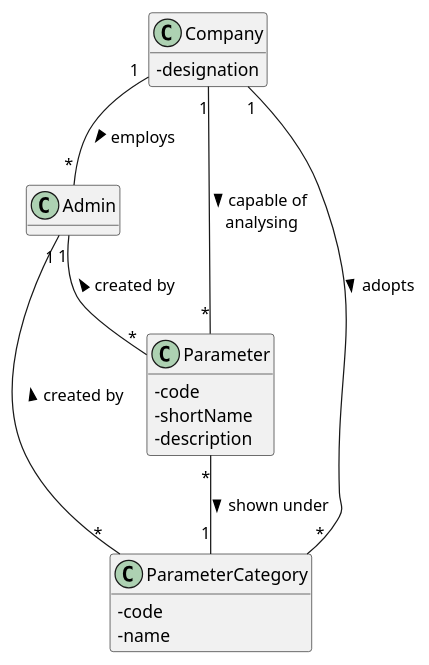
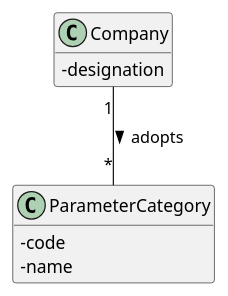
The diagram in docs/SprintC/US11/UC11_MD.puml (GuilhermeCunha79/lapr2), drawn with PlantUML before and after one commit. The commit also changed 22 other files, not shown here.

Commit message:
[US-10] Improvements to the US-10 documentation diagrams and code [US-11] Improvements to the US-11 documentation, diagrams and code [Fixes] Removed connection between UI and domain Layer in US-10 functionalities.

```diff
--- a/docs/SprintC/US11/UC11_MD.puml
+++ b/docs/SprintC/US11/UC11_MD.puml
@@ -1,36 +1,22 @@
 @startuml
 
 hide methods
 
 skinparam classAttributeIconSize 0
 
 
 class Company {
   -designation
 }
 
-class Admin{
-}
-
-class Parameter{
-    -code
-    -shortName
-    -description
-}
-
 class ParameterCategory{
     -code
     -name
 }
 
-Company"1" -- "*"Admin :> employs
-Company"1" -- "*"Parameter :> capable of \n analysing
 Company"1" -- "*"ParameterCategory :> adopts
-Admin"1" -- "*"Parameter :< created by
-Parameter"*" -- "1"ParameterCategory :> shown under
-Admin"1" -- "*"ParameterCategory :< created by
 
 
 
 
 @enduml
```
